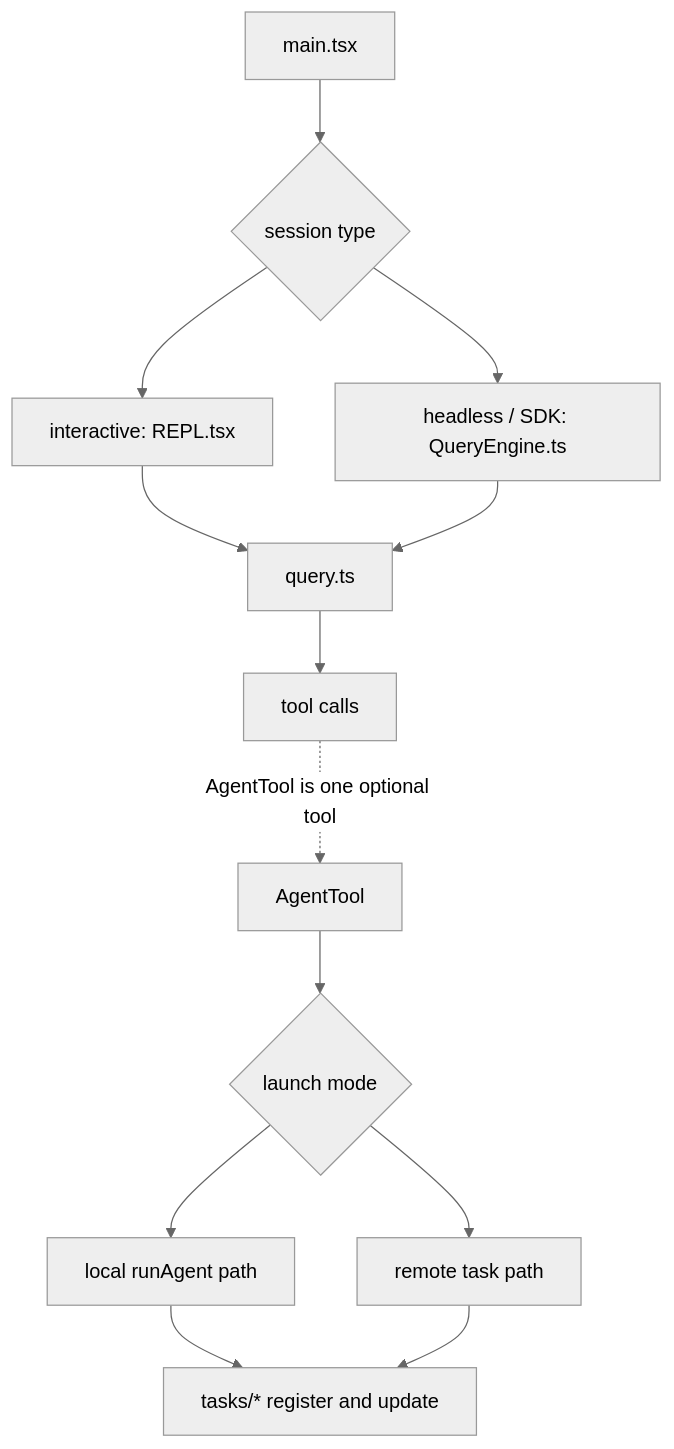
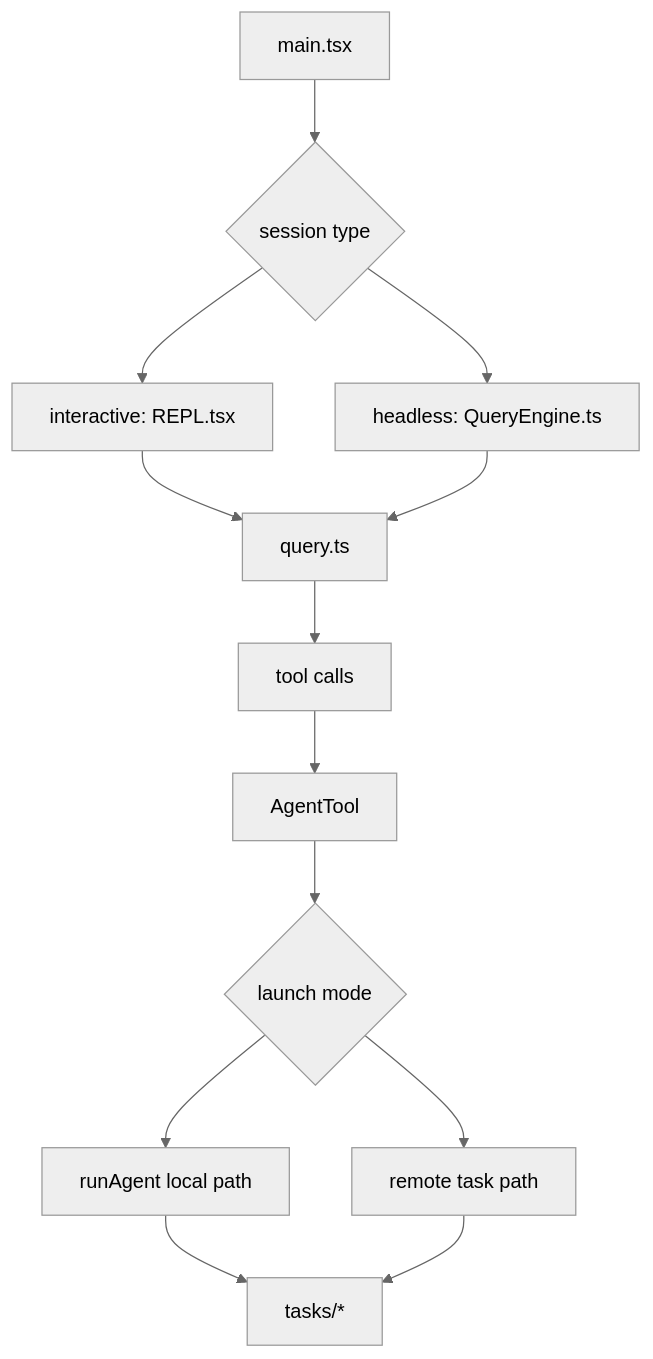
One commit to Boulea7/ClaudeCode-Source-DeepDive changed the first of 2 diagrams in MODULES/01-agent-loop-and-teams/DEEP/README.md. Above: the diagram before and after it, drawn with Mermaid (neutral theme). The commit also changed other lines of this file and 92 other files, not shown here.

````diff
--- a/MODULES/01-agent-loop-and-teams/DEEP/README.md
+++ b/MODULES/01-agent-loop-and-teams/DEEP/README.md
@@ -255,15 +114,15 @@
 ```mermaid
 flowchart TD
     A[main.tsx] --> B{session type}
     B --> C[interactive: REPL.tsx]
-    B --> D[headless / SDK: QueryEngine.ts]
+    B --> D[headless: QueryEngine.ts]
     C --> E[query.ts]
     D --> E
     E --> F[tool calls]
-    F -. AgentTool is one optional tool .-> G[AgentTool]
+    F --> G[AgentTool]
     G --> H{launch mode}
-    H --> I[local runAgent path]
+    H --> I[runAgent local path]
     H --> J[remote task path]
-    I --> K[tasks/* register and update]
+    I --> K[tasks/*]
     J --> K
 ```
````
